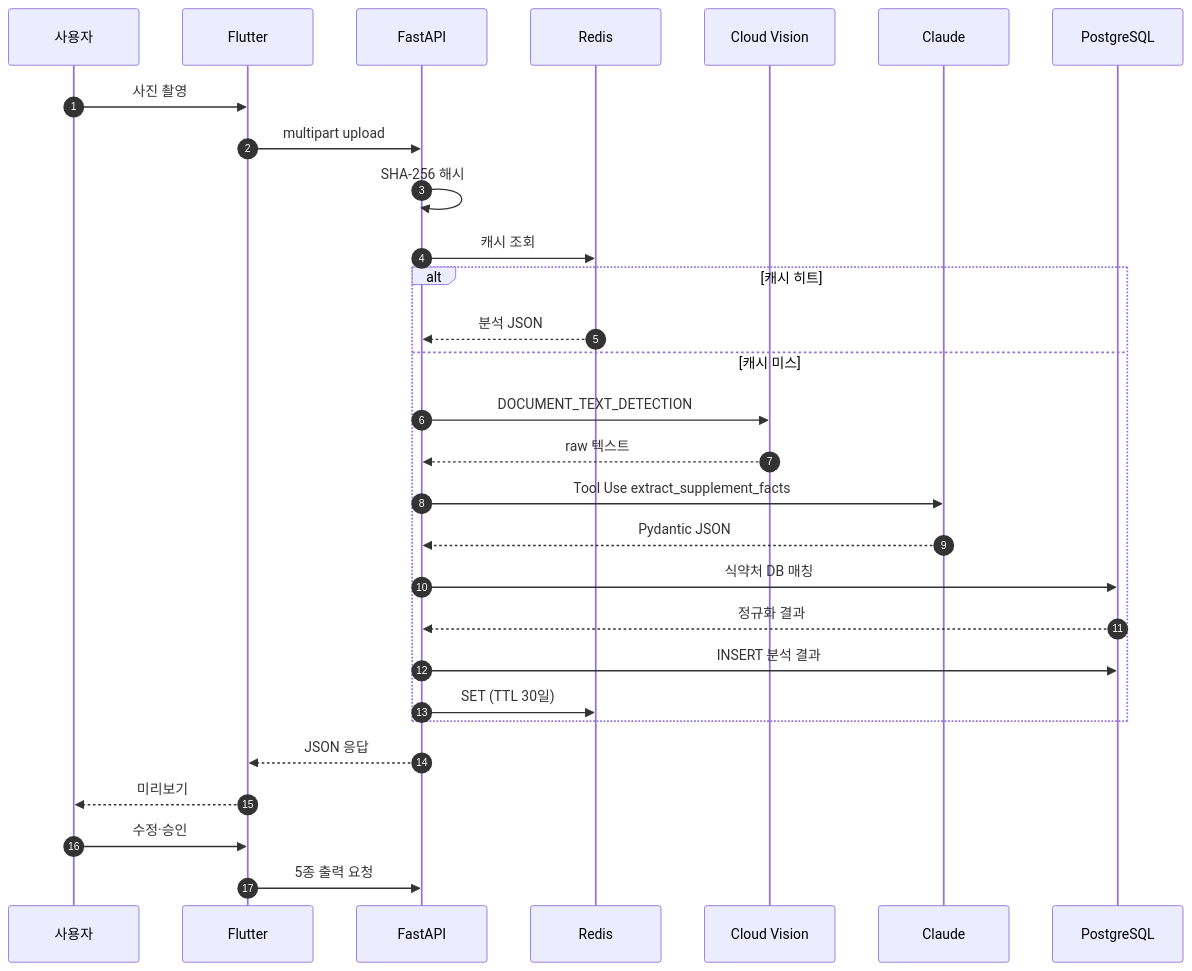
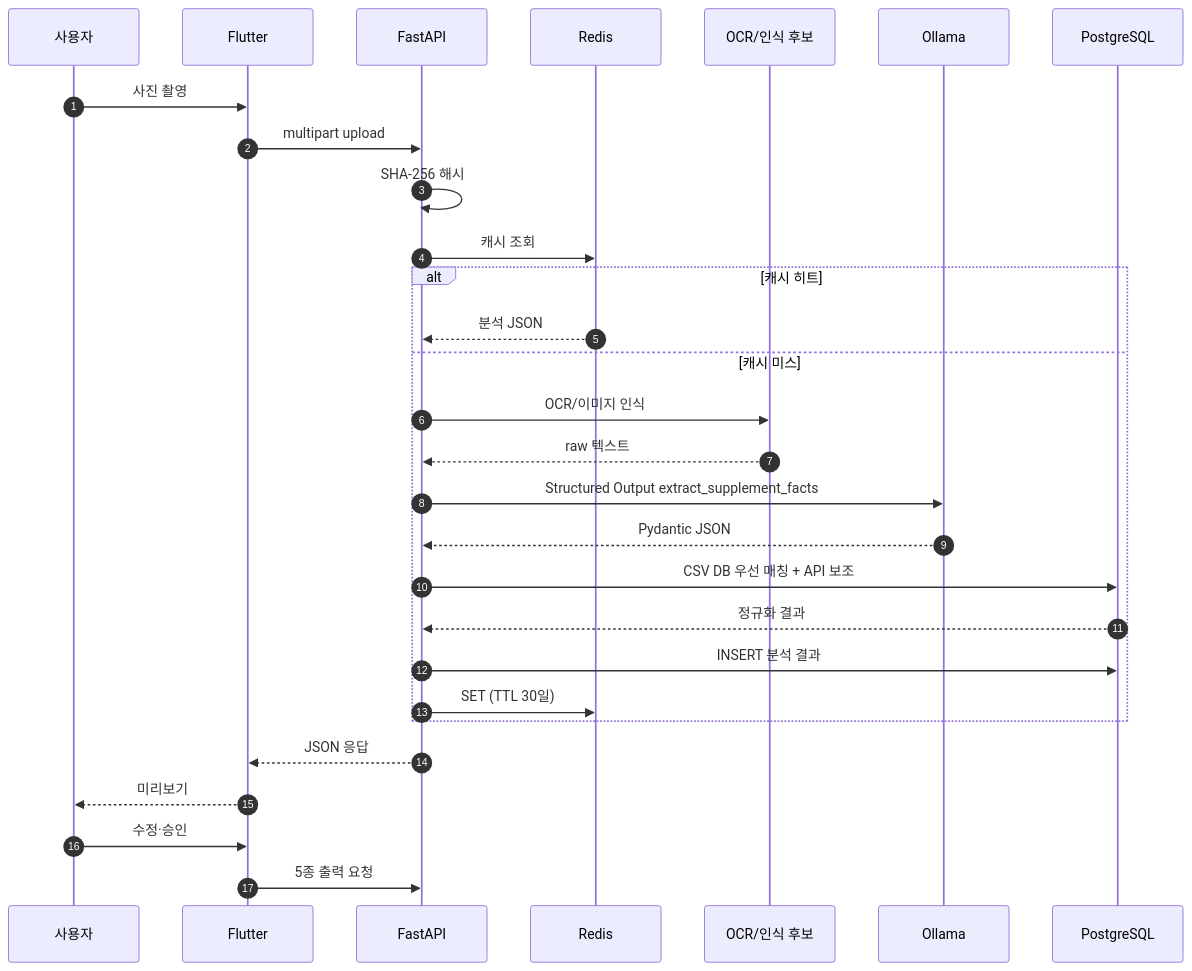
One commit to Lemon-Aid-KDT/Lemon-sin changed the sixth of 12 diagrams in 03_lemon_healthcare/PROJECT_GUIDE.md. Above: the diagram before and after it, drawn with Mermaid. The commit also changed other lines of this file and 161 other files, not shown here.

````diff
--- a/03_lemon_healthcare/PROJECT_GUIDE.md
+++ b/03_lemon_healthcare/PROJECT_GUIDE.md
@@ -867,32 +1000,32 @@
 ```mermaid
 sequenceDiagram
     autonumber
     participant U as 사용자
     participant App as Flutter
     participant API as FastAPI
     participant R as Redis
-    participant V as Cloud Vision
-    participant C as Claude
+    participant V as OCR/인식 후보
+    participant LLM as Ollama
     participant DB as PostgreSQL
 
     U->>App: 사진 촬영
     App->>API: multipart upload
     API->>API: SHA-256 해시
     API->>R: 캐시 조회
     alt 캐시 히트
         R-->>API: 분석 JSON
     else 캐시 미스
-        API->>V: DOCUMENT_TEXT_DETECTION
+        API->>V: OCR/이미지 인식
         V-->>API: raw 텍스트
-        API->>C: Tool Use extract_supplement_facts
-        C-->>API: Pydantic JSON
-        API->>DB: 식약처 DB 매칭
+        API->>LLM: Structured Output extract_supplement_facts
+        LLM-->>API: Pydantic JSON
+        API->>DB: CSV DB 우선 매칭 + API 보조
         DB-->>API: 정규화 결과
         API->>DB: INSERT 분석 결과
         API->>R: SET (TTL 30일)
     end
     API-->>App: JSON 응답
     App-->>U: 미리보기
     U->>App: 수정·승인
     App->>API: 5종 출력 요청
 ```
````
